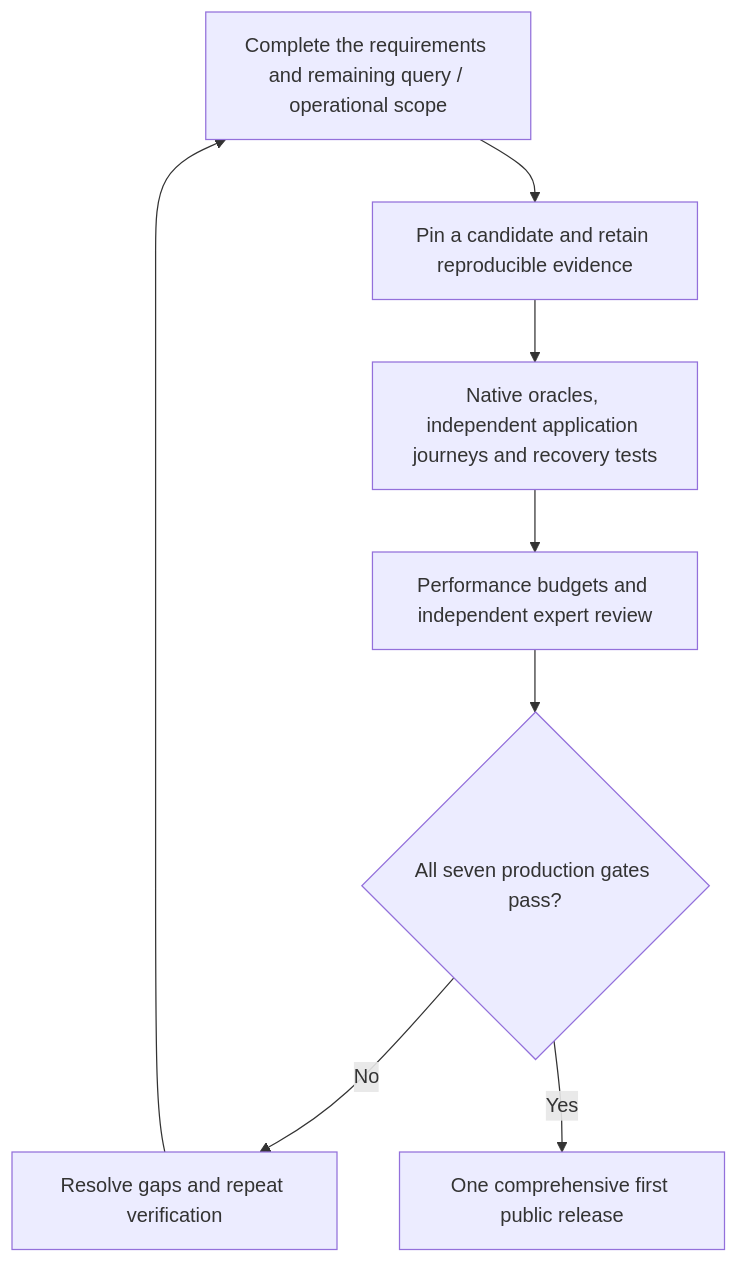
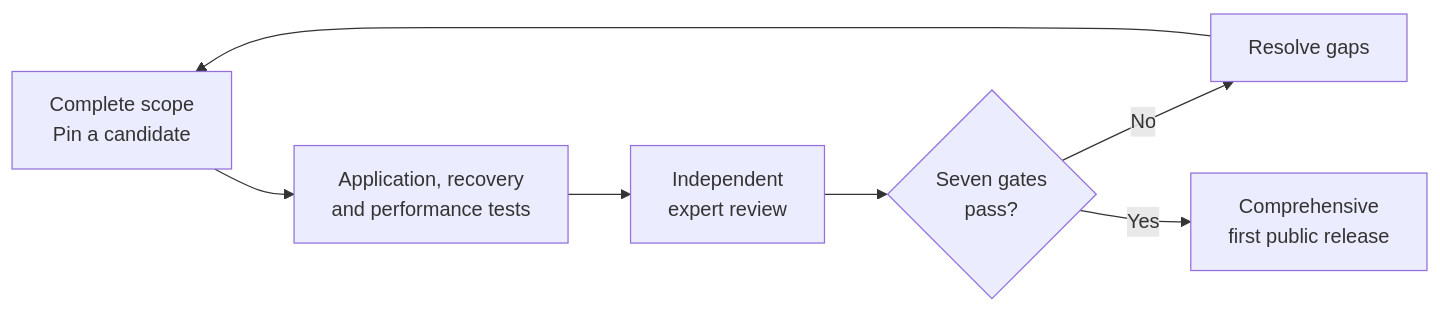
Before and after one commit to Debrato2005/cryptalis: the third of 3 diagrams in README.md, drawn with Mermaid. The commit also changed other lines of this file, not shown here.

First line of the commit message:
docs: lay out README diagrams horizontally

````diff
--- a/README.md
+++ b/README.md
@@ -168,14 +158,13 @@
 ```mermaid
-flowchart TB
-    SCOPE["Complete the requirements and remaining query / operational scope"]
-    CANDIDATE["Pin a candidate and retain reproducible evidence"]
-    EVIDENCE["Native oracles, independent application journeys and recovery tests"]
-    REVIEW["Performance budgets and independent expert review"]
-    GATES{"All seven production gates pass?"}
-    CONTINUE["Resolve gaps and repeat verification"]
-    RELEASE["One comprehensive first public release"]
+flowchart LR
+    SCOPE["Complete scope<br/>Pin a candidate"]
+    EVIDENCE["Application, recovery<br/>and performance tests"]
+    REVIEW["Independent<br/>expert review"]
+    GATES{"Seven gates<br/>pass?"}
+    CONTINUE["Resolve gaps"]
+    RELEASE["Comprehensive<br/>first public release"]
 
-    SCOPE --> CANDIDATE --> EVIDENCE --> REVIEW --> GATES
+    SCOPE --> EVIDENCE --> REVIEW --> GATES
     GATES -->|No| CONTINUE --> SCOPE
     GATES -->|Yes| RELEASE
 ```
````
